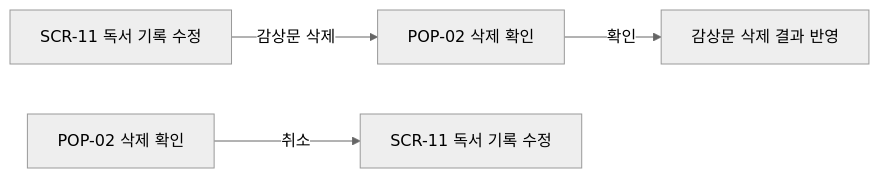
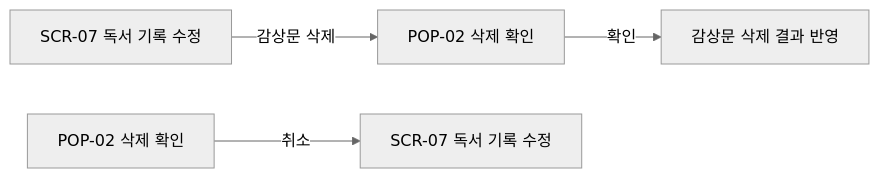
Before and after one commit to jackie020105-beep/WebJava_Project: the sixth of 6 diagrams in docs/02_StoryBoard/화면설계서.md, drawn with Mermaid (neutral theme). The commit also changed other lines of this file, not shown here.

````diff
--- a/docs/02_StoryBoard/화면설계서.md
+++ b/docs/02_StoryBoard/화면설계서.md
@@ -174,8 +181,8 @@
 ```mermaid
 %%{init: {'flowchart': {'curve': 'linear'}}}%%
 flowchart LR
-    A1["SCR-11 독서 기록 수정"] -->|"감상문 삭제"| A2["POP-02 삭제 확인"]
+    A1["SCR-07 독서 기록 수정"] -->|"감상문 삭제"| A2["POP-02 삭제 확인"]
     A2 -->|"확인"| A3["감상문 삭제 결과 반영"]
 
-    B1["POP-02 삭제 확인"] -->|"취소"| B2["SCR-11 독서 기록 수정"]
+    B1["POP-02 삭제 확인"] -->|"취소"| B2["SCR-07 독서 기록 수정"]
 ```
````
